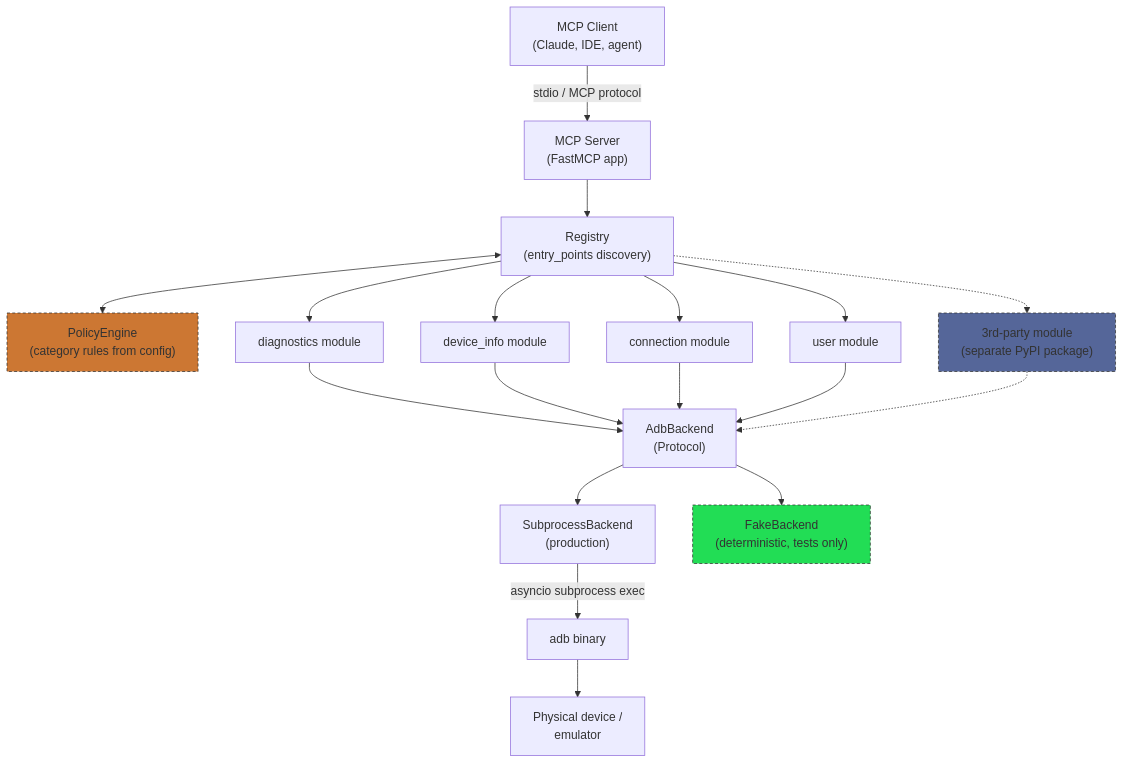
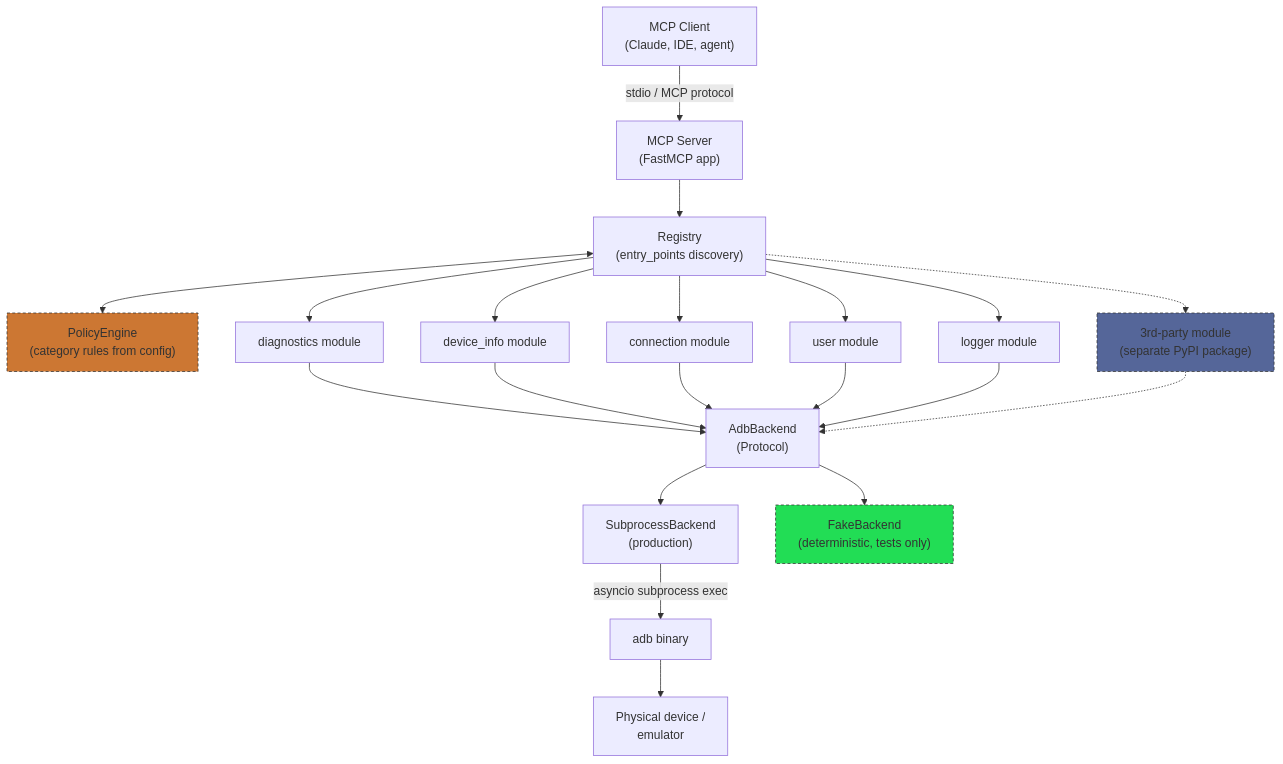
The first of 7 diagrams in docs/ARCHITECTURE.md (allaudin/adb-automation-mcp), drawn with Mermaid before and after one commit. The commit also changed other lines of this file and 12 other files, not shown here.

Commit message:
feat: add logger module (read_logs, clear_logs, get_log_buffer_size, read_package_logs)

````diff
--- a/docs/ARCHITECTURE.md
+++ b/docs/ARCHITECTURE.md
@@ -47,28 +48,30 @@
 ```mermaid
 graph TB
     Client["MCP Client<br/>(Claude, IDE, agent)"] -->|stdio / MCP protocol| Server["MCP Server<br/>(FastMCP app)"]
 
     Server --> Registry["Registry<br/>(entry_points discovery)"]
     Registry <--> Policy["PolicyEngine<br/>(category rules from config)"]
     Registry --> ModDiag["diagnostics module"]
     Registry --> ModDevices["device_info module"]
     Registry --> ModConn["connection module"]
     Registry --> ModUser["user module"]
+    Registry --> ModLogger["logger module"]
     Registry -.-> ModExt["3rd-party module<br/>(separate PyPI package)"]
 
     ModDiag --> Backend["AdbBackend<br/>(Protocol)"]
     ModDevices --> Backend
     ModConn --> Backend
     ModUser --> Backend
+    ModLogger --> Backend
     ModExt -.-> Backend
 
     Backend --> Sub["SubprocessBackend<br/>(production)"]
     Backend --> Fake["FakeBackend<br/>(deterministic, tests only)"]
 
     Sub -->|asyncio subprocess exec| ADB["adb binary"]
     ADB --> Device["Physical device /<br/>emulator"]
 
     style Fake fill:#2d5,stroke:#333,stroke-dasharray: 4 3
     style ModExt fill:#569,stroke:#333,stroke-dasharray: 4 3
     style Policy fill:#c73,stroke:#333,stroke-dasharray: 4 3
 ```
````
